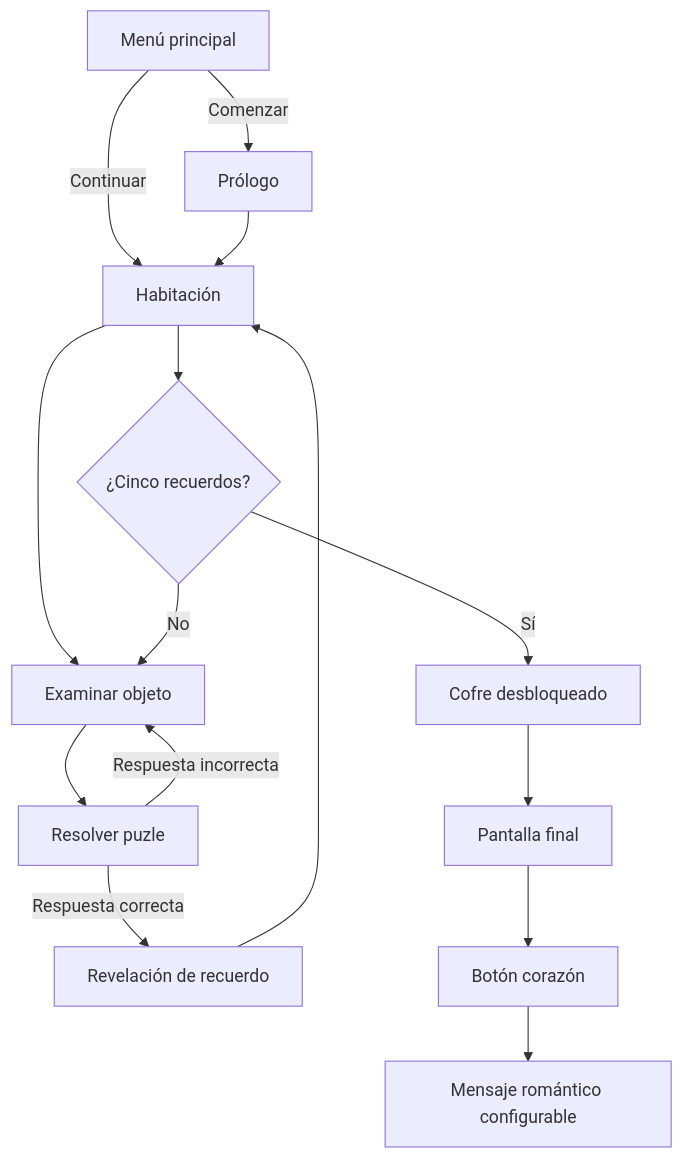
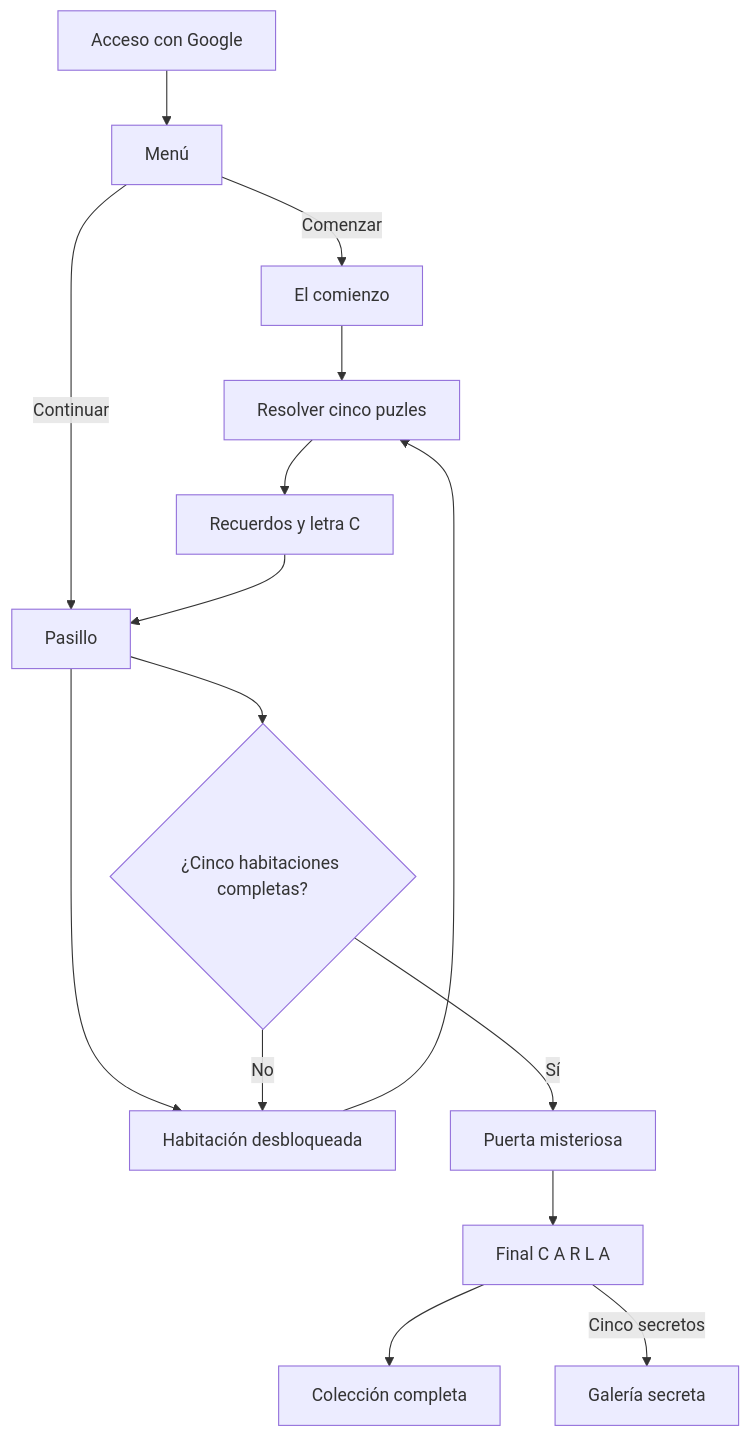
The diagram in DOCUMENTACION.md (javism15/entrenosotros), drawn with Mermaid before and after one commit. The commit also changed other lines of this file and 32 other files, not shown here.

````diff
--- a/DOCUMENTACION.md
+++ b/DOCUMENTACION.md
@@ -44,17 +13,17 @@
 ```mermaid
 flowchart TD
-    A[Menú principal] -->|Comenzar| B[Prólogo]
-    A -->|Continuar| C[Habitación]
-    B --> C
-    C --> D[Examinar objeto]
-    D --> E[Resolver puzle]
-    E -->|Respuesta incorrecta| D
-    E -->|Respuesta correcta| F[Revelación de recuerdo]
-    F --> C
-    C --> G{¿Cinco recuerdos?}
-    G -->|No| D
-    G -->|Sí| H[Cofre desbloqueado]
-    H --> I[Pantalla final]
-    I --> J[Botón corazón]
-    J --> K[Mensaje romántico configurable]
+    A[Acceso con Google] --> B[Menú]
+    B -->|Comenzar| C[El comienzo]
+    B -->|Continuar| H[Pasillo]
+    C --> D[Resolver cinco puzles]
+    D --> E[Recuerdos y letra C]
+    E --> H
+    H --> F[Habitación desbloqueada]
+    F --> D
+    H --> G{¿Cinco habitaciones completas?}
+    G -->|No| F
+    G -->|Sí| I[Puerta misteriosa]
+    I --> J[Final C A R L A]
+    J --> K[Colección completa]
+    J -->|Cinco secretos| L[Galería secreta]
 ```
````
